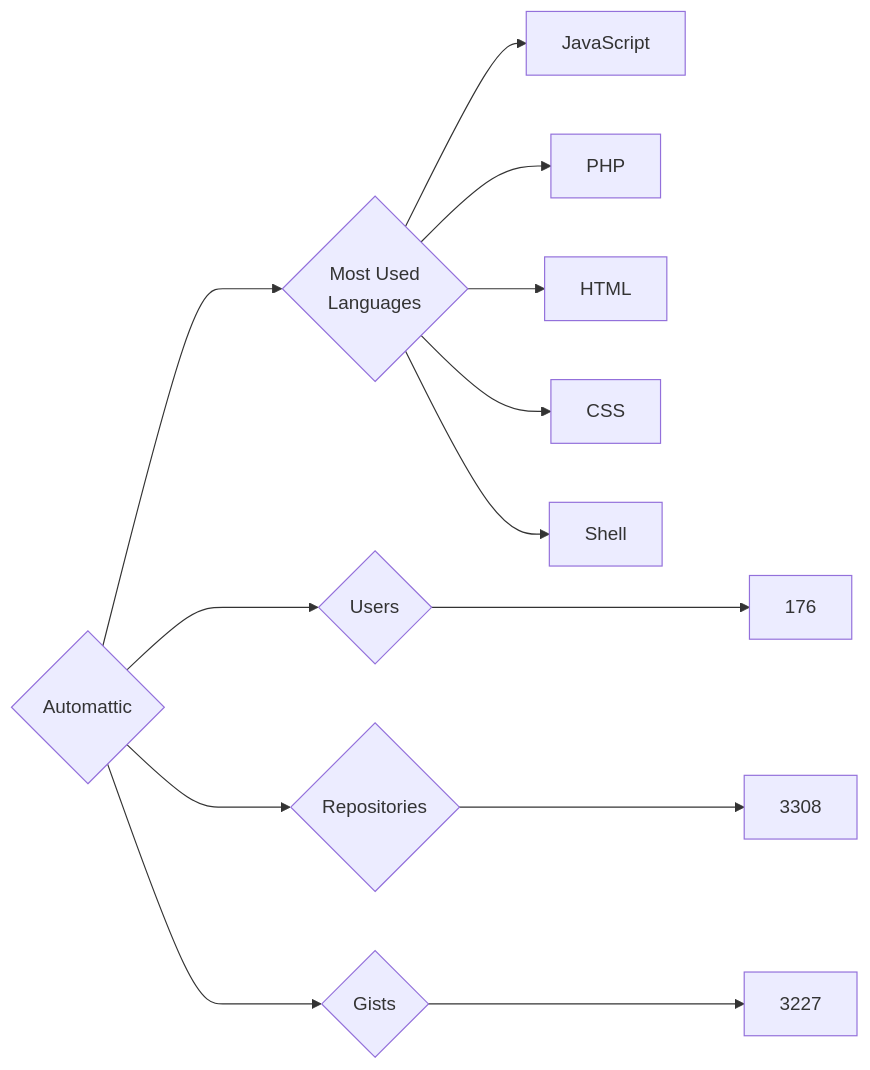
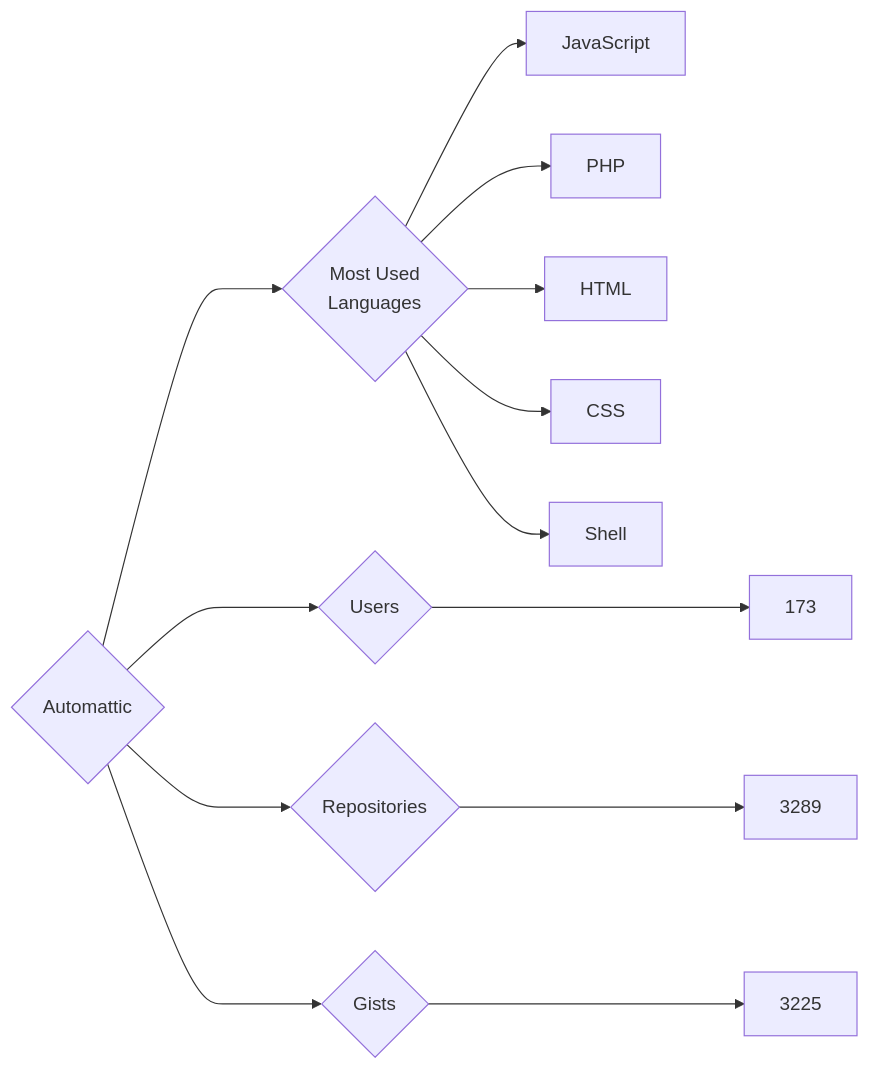
The diagram in targets/Automattic/README.md (trickest/insiders), drawn with Mermaid before and after one commit. The commit also changed 736 other files, not shown here.

````diff
--- a/targets/Automattic/README.md
+++ b/targets/Automattic/README.md
@@ -3,13 +3,13 @@
 ```mermaid
 graph LR
 COMPANY_NAME{Automattic}
-COMPANY_NAME ---> U{Users} ---> UN[176]
-COMPANY_NAME ---> R{Repositories} ---> RN[3308]
-COMPANY_NAME ---> G{Gists} ---> GN[3227]
+COMPANY_NAME ---> U{Users} ---> UN[173]
+COMPANY_NAME ---> R{Repositories} ---> RN[3289]
+COMPANY_NAME ---> G{Gists} ---> GN[3225]
 COMPANY_NAME ---> ML{Most Used<br>Languages}
 ML --> JavaScript[JavaScript]
 ML --> PHP[PHP]
 ML --> HTML[HTML]
 ML --> CSS[CSS]
 ML --> Shell[Shell]
 ```
````
